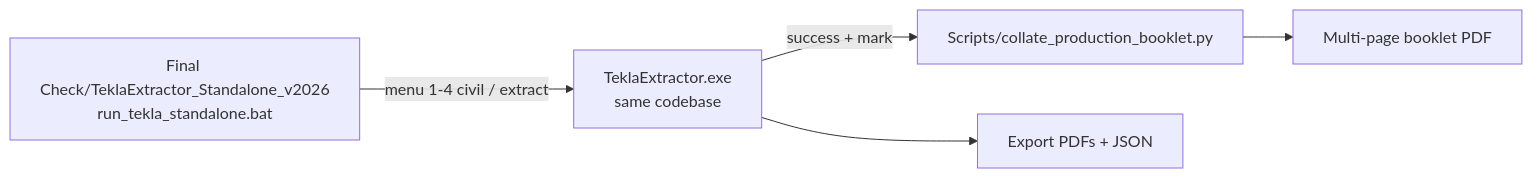
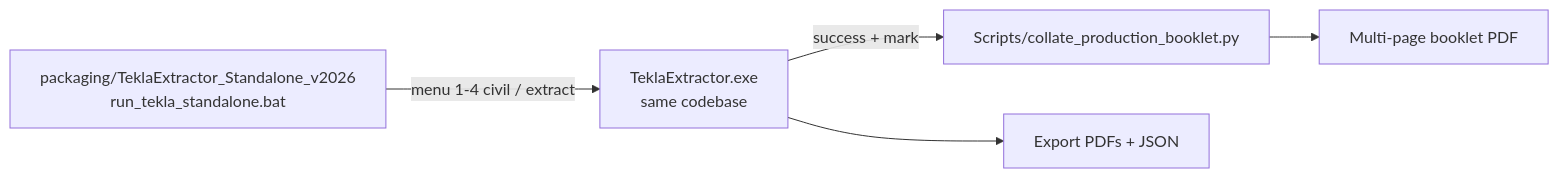
The second of 2 diagrams in README.md (Tahzeebaatwork/TeklaDrawings2D), drawn with Mermaid before and after one commit. The commit also changed other lines of this file and 196 other files, not shown here.

````diff
--- a/README.md
+++ b/README.md
@@ -254,10 +258,10 @@
 ```mermaid
 flowchart LR
-  BAT[Final Check/TeklaExtractor_Standalone_v2026<br/>run_tekla_standalone.bat]
+  BAT[packaging/TeklaExtractor_Standalone_v2026<br/>run_tekla_standalone.bat]
   EXE[TeklaExtractor.exe<br/>same codebase]
   COL[Scripts/collate_production_booklet.py]
   BAT -->|menu 1-4 civil / extract| EXE
   EXE -->|success + mark| COL
   EXE --> OUT[Export PDFs + JSON]
   COL --> BOOK[Multi-page booklet PDF]
 ```
````
